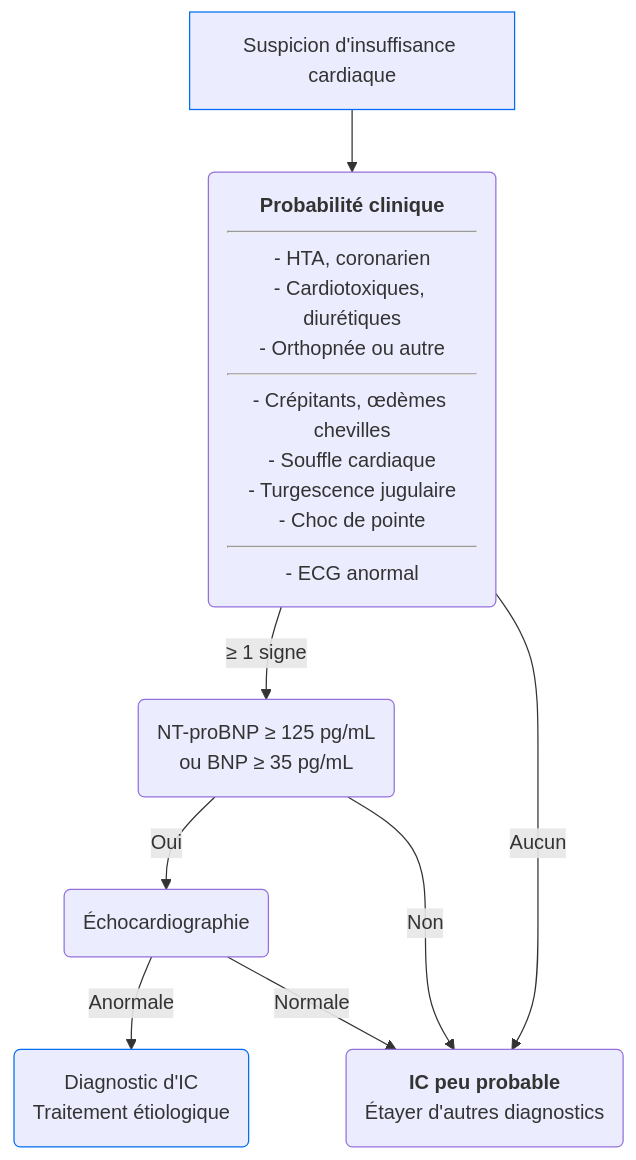
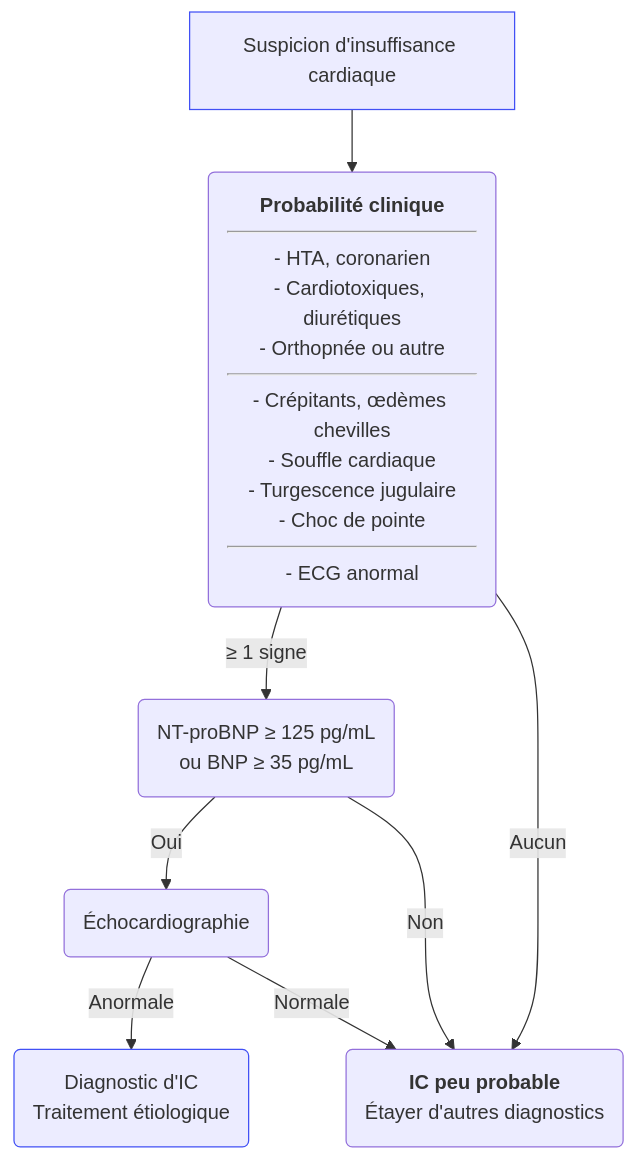
The first of 2 diagrams in content/recommandations/insuffisance-cardiaque-chronique.md (djibe/recommandations-medicales), drawn with Mermaid before and after one commit. The commit also changed other lines of this file and 58 other files, not shown here.

```diff
--- a/content/recommandations/insuffisance-cardiaque-chronique.md
+++ b/content/recommandations/insuffisance-cardiaque-chronique.md
@@ -365,13 +365,13 @@
 {{< mermaid title="Conduite à tenir pour le diagnostic de l'insuffisance cardiaque chronique. Dr JB FRON d'après ESC 2016" >}}
 graph TB
 suspicion[Suspicion d'insuffisance cardiaque]
-style suspicion stroke:#006ef4, stroke-width:1px
+style suspicion stroke:#4150f5, stroke-width:1px
   suspicion --> clinique("<b>Probabilité clinique</b><hr>- HTA, coronarien<br>- Cardiotoxiques, diurétiques<br>- Orthopnée ou autre<hr>- Crépitants, œdèmes chevilles<br>- Souffle cardiaque<br>- Turgescence jugulaire<br>- Choc de pointe<hr>- ECG anormal")
     clinique -- "&ge; 1 signe"--> BNP("NT-proBNP &ge; 125 pg/mL<br>ou BNP &ge; 35 pg/mL")
       BNP -- Oui --> ETT(Échocardiographie)
         ETT -- Anormale --> diagnostic("Diagnostic d'IC<br>Traitement étiologique")
-        style diagnostic stroke:#006ef4, stroke-width:1px
+        style diagnostic stroke:#4150f5, stroke-width:1px
         ETT -- Normale --> differentiel
       BNP -- Non --> differentiel
     clinique -- Aucun --> differentiel("<b>IC peu probable</b><br>Étayer d'autres diagnostics")
 {{< /mermaid >}}
```
